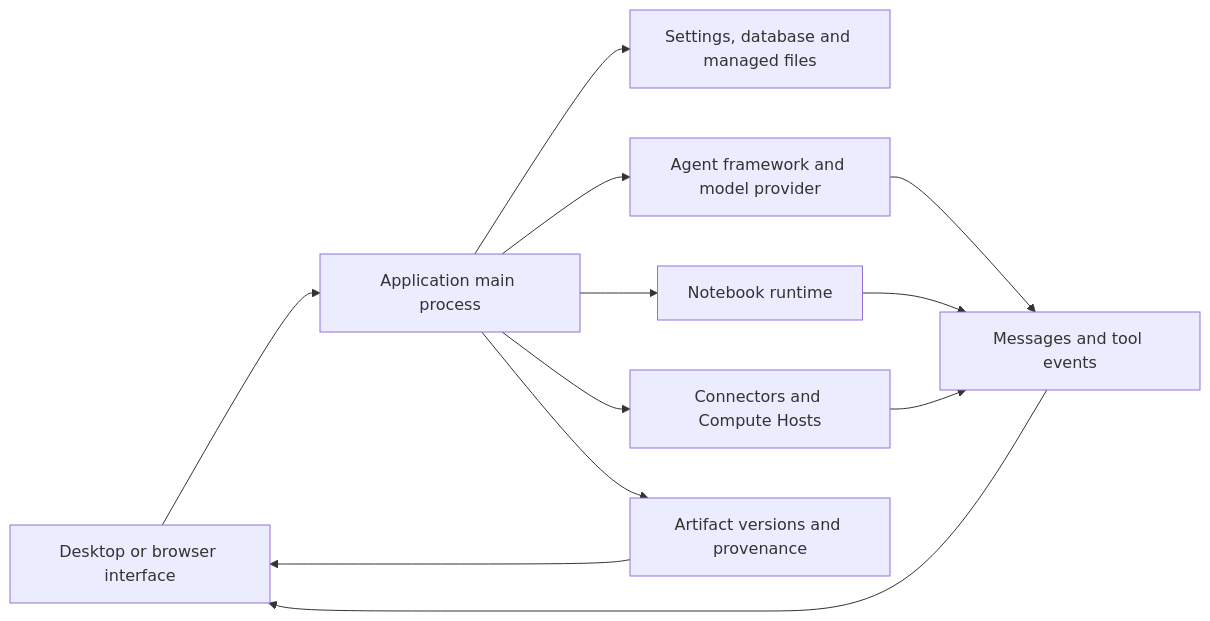
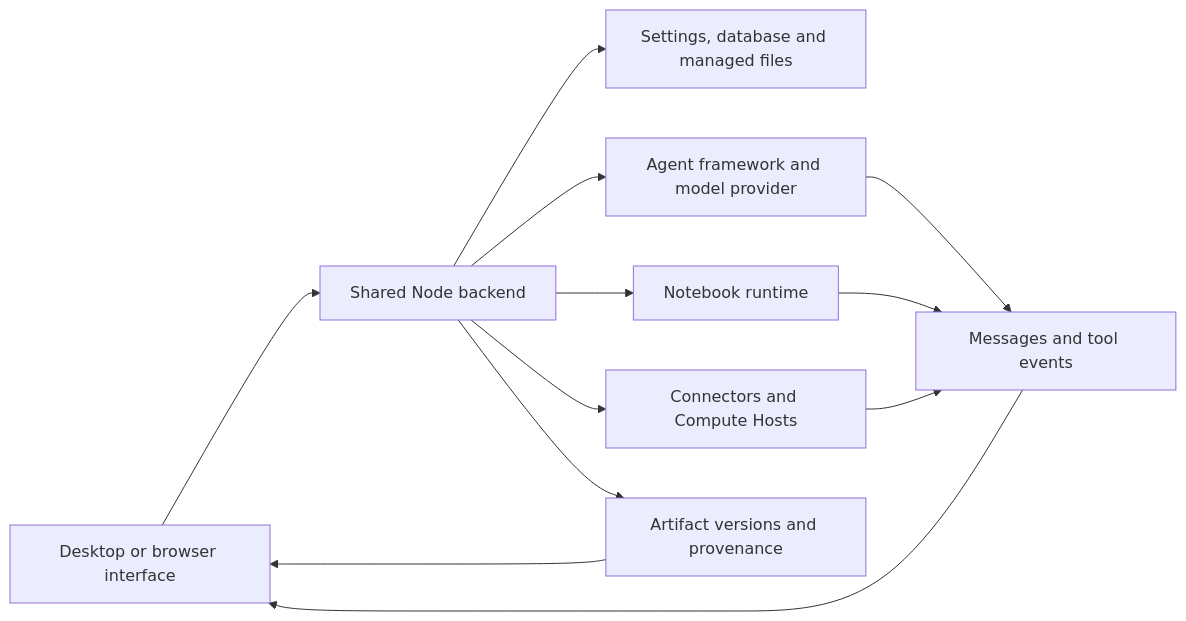
Before and after one commit to aipoch/openscience-wiki: the diagram in docs/reference/diagnostics.md, drawn with Mermaid. The commit also changed other lines of this file and 150 other files, not shown here.

````diff
--- a/docs/reference/diagnostics.md
+++ b/docs/reference/diagnostics.md
@@ -13,14 +13,14 @@
 ```mermaid
 flowchart LR
-  UI[Desktop or browser interface] --> MAIN[Application main process]
+  UI[Desktop or browser interface] --> MAIN[Shared Node backend]
   MAIN --> STORE[Settings, database and managed files]
   MAIN --> AGENT[Agent framework and model provider]
   MAIN --> NB[Notebook runtime]
   MAIN --> SERVICES[Connectors and Compute Hosts]
   AGENT --> EVENTS[Messages and tool events]
   NB --> EVENTS
   SERVICES --> EVENTS
   EVENTS --> UI
   MAIN --> ART[Artifact versions and provenance]
   ART --> UI
 ```
````
